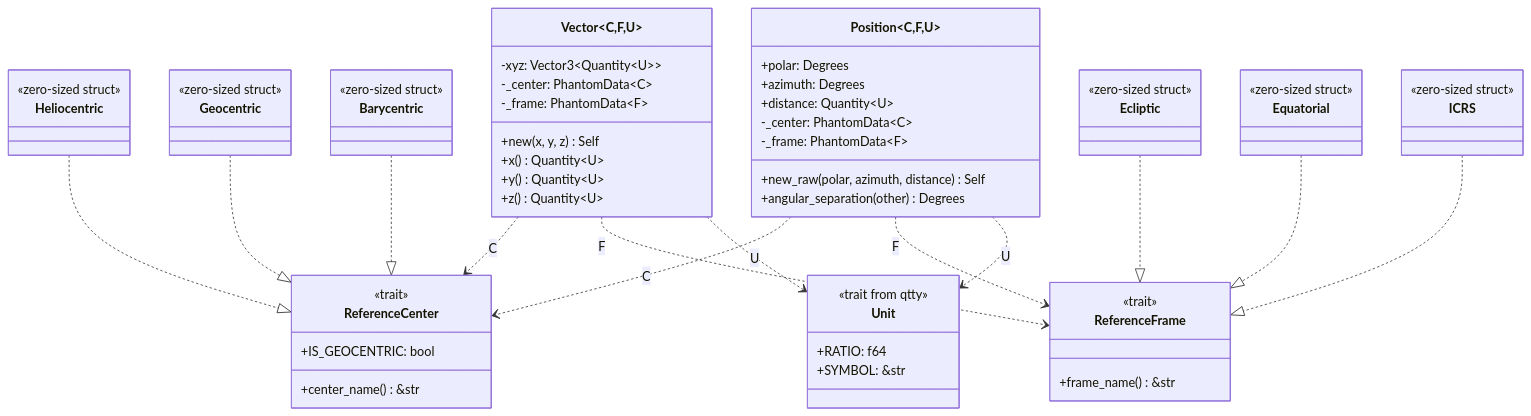
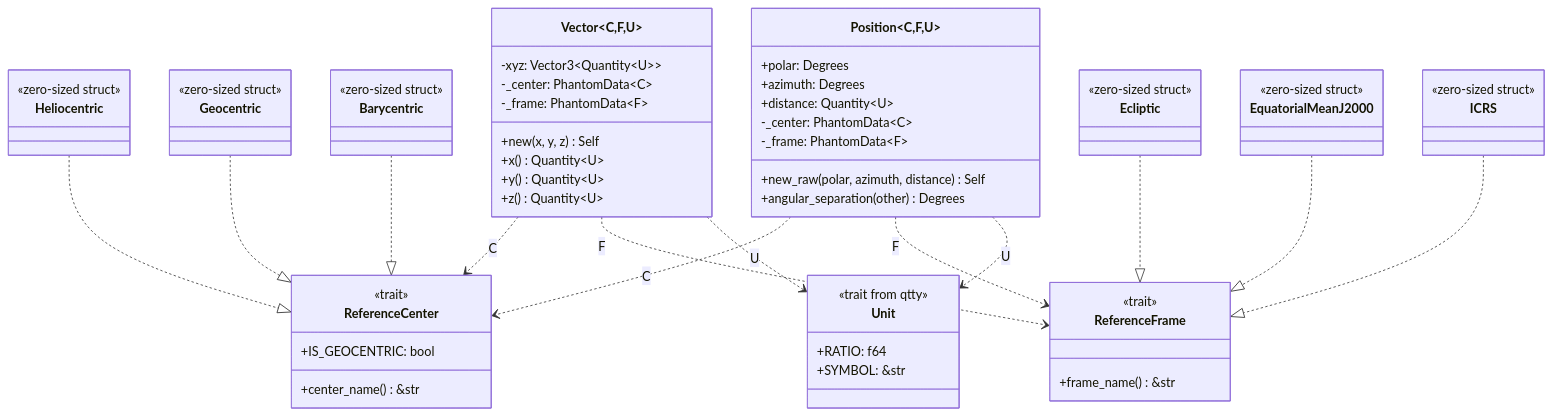
Before and after one commit to Siderust/siderust: the second of 6 diagrams in src/coordinates/README.md, drawn with Mermaid. The commit also changed other lines of this file and 48 other files, not shown here.

First line of the commit message:
Refactor coordinate transformation framework to incorporate EquatorialMeanJ2000

````diff
--- a/src/coordinates/README.md
+++ b/src/coordinates/README.md
@@ -162,79 +170,79 @@
 ```mermaid
 classDiagram
     class ReferenceCenter {
         <<trait>>
         +IS_GEOCENTRIC: bool
         +center_name() &str
     }
     
     class ReferenceFrame {
         <<trait>>
         +frame_name() &str
     }
     
     class Unit {
         <<trait from qtty>>
         +RATIO: f64
         +SYMBOL: &str
     }
     
     class Vector~C,F,U~ {
         -xyz: Vector3~Quantity~U~~
         -_center: PhantomData~C~
         -_frame: PhantomData~F~
         +new(x, y, z) Self
         +x() Quantity~U~
         +y() Quantity~U~
         +z() Quantity~U~
     }
     
     class Position~C,F,U~ {
         +polar: Degrees
         +azimuth: Degrees
         +distance: Quantity~U~
         -_center: PhantomData~C~
         -_frame: PhantomData~F~
         +new_raw(polar, azimuth, distance) Self
         +angular_separation(other) Degrees
     }
     
     class Heliocentric {
         <<zero-sized struct>>
     }
     
     class Geocentric {
         <<zero-sized struct>>
     }
     
     class Barycentric {
         <<zero-sized struct>>
     }
     
     class Ecliptic {
         <<zero-sized struct>>
     }
     
-    class Equatorial {
+    class EquatorialMeanJ2000 {
         <<zero-sized struct>>
     }
     
     class ICRS {
         <<zero-sized struct>>
     }
     
     Heliocentric ..|> ReferenceCenter
     Geocentric ..|> ReferenceCenter
     Barycentric ..|> ReferenceCenter
     
     Ecliptic ..|> ReferenceFrame
-    Equatorial ..|> ReferenceFrame
+    EquatorialMeanJ2000 ..|> ReferenceFrame
     ICRS ..|> ReferenceFrame
     
     Vector~C,F,U~ ..> ReferenceCenter : C
     Vector~C,F,U~ ..> ReferenceFrame : F
     Vector~C,F,U~ ..> Unit : U
     
     Position~C,F,U~ ..> ReferenceCenter : C
     Position~C,F,U~ ..> ReferenceFrame : F
     Position~C,F,U~ ..> Unit : U
 ```
````
